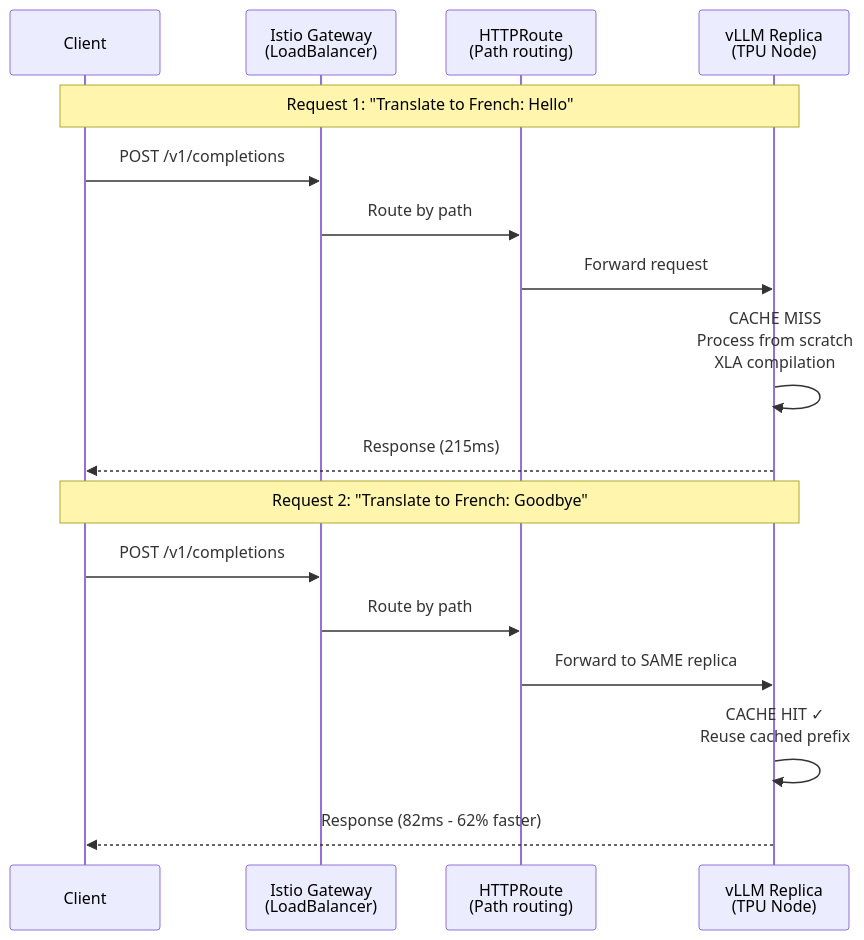
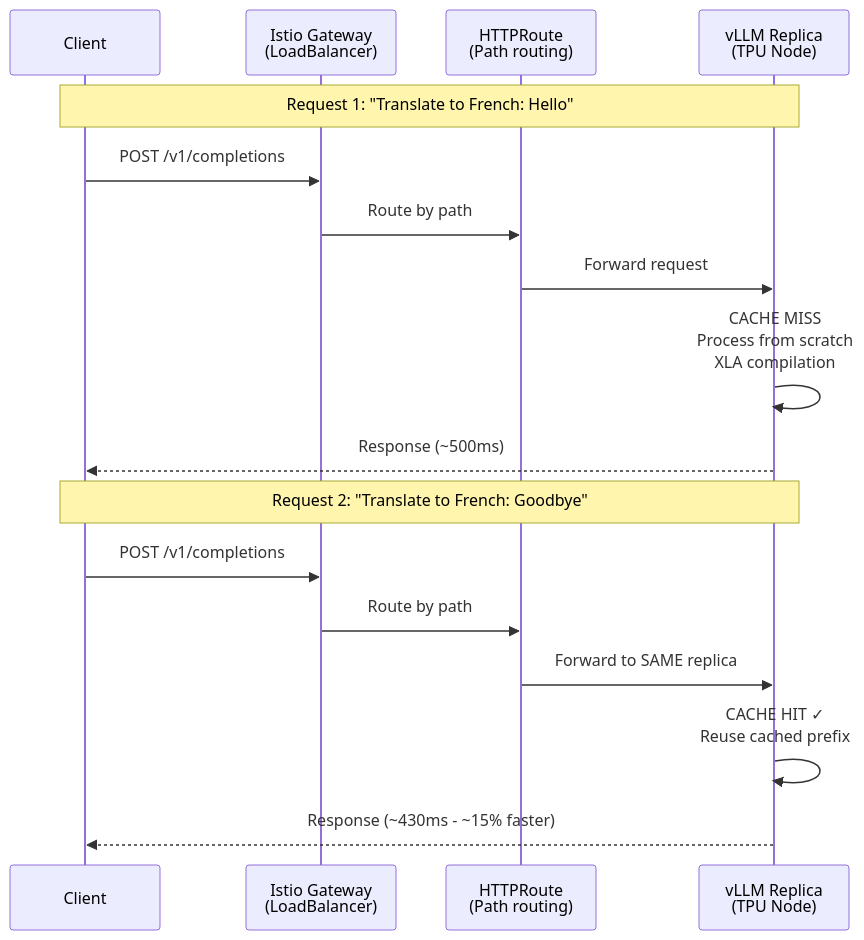
Before and after one commit to johnahull/rhaii-on-xks-gke: the second of 2 diagrams in deployments/istio-kserve/simple-caching-demo/deployment-tpu.md, drawn with Mermaid. The commit also changed other lines of this file, not shown here.

````diff
--- a/deployments/istio-kserve/simple-caching-demo/deployment-tpu.md
+++ b/deployments/istio-kserve/simple-caching-demo/deployment-tpu.md
@@ -85,21 +85,21 @@
 ```mermaid
 sequenceDiagram
     participant Client
     participant Gateway as Istio Gateway<br/>(LoadBalancer)
     participant HTTPRoute as HTTPRoute<br/>(Path routing)
     participant VLLM as vLLM Replica<br/>(TPU Node)
 
     Note over Client,VLLM: Request 1: "Translate to French: Hello"
     Client->>Gateway: POST /v1/completions
     Gateway->>HTTPRoute: Route by path
     HTTPRoute->>VLLM: Forward request
     VLLM->>VLLM: CACHE MISS<br/>Process from scratch<br/>XLA compilation
-    VLLM-->>Client: Response (215ms)
+    VLLM-->>Client: Response (~500ms)
 
     Note over Client,VLLM: Request 2: "Translate to French: Goodbye"
     Client->>Gateway: POST /v1/completions
     Gateway->>HTTPRoute: Route by path
     HTTPRoute->>VLLM: Forward to SAME replica
     VLLM->>VLLM: CACHE HIT ✓<br/>Reuse cached prefix
-    VLLM-->>Client: Response (82ms - 62% faster)
+    VLLM-->>Client: Response (~430ms - ~15% faster)
 ```
````
